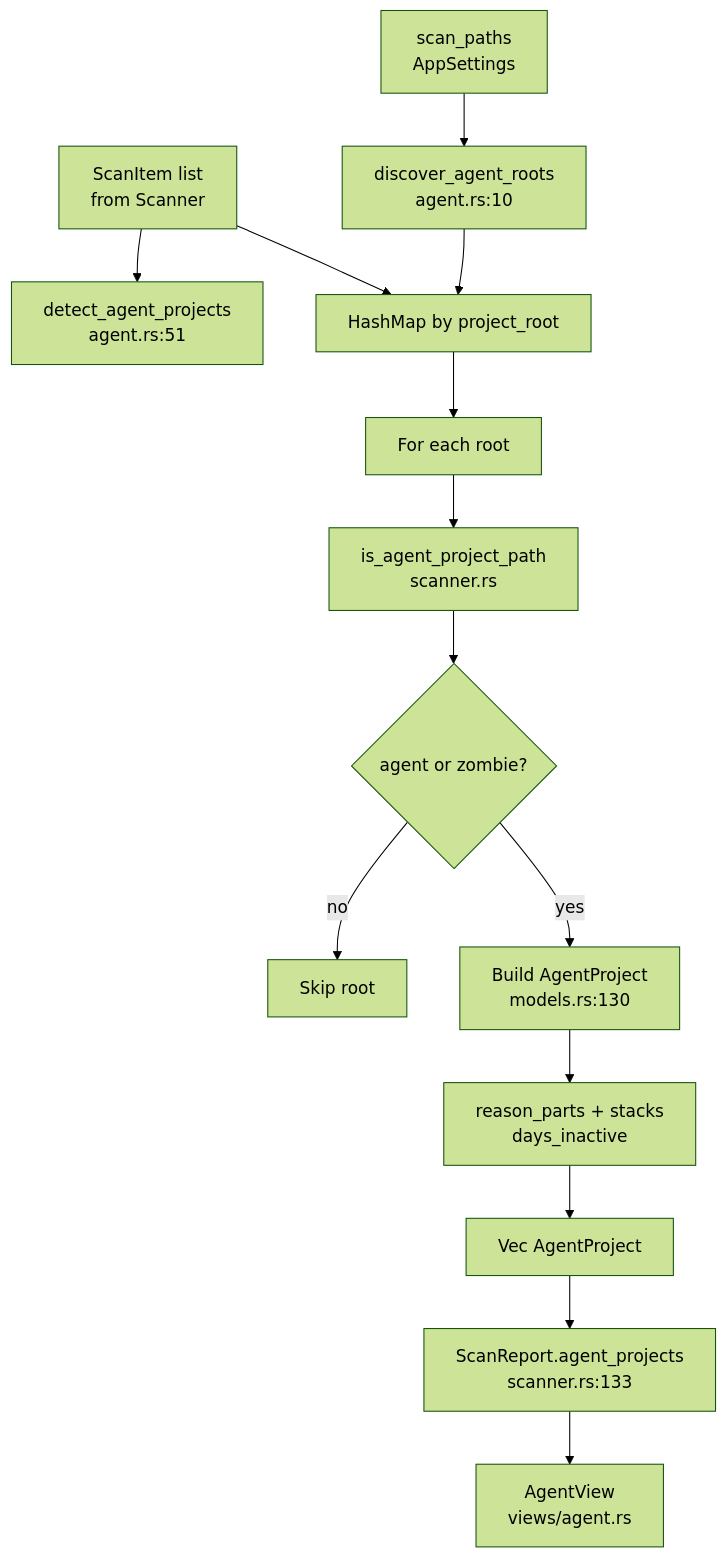
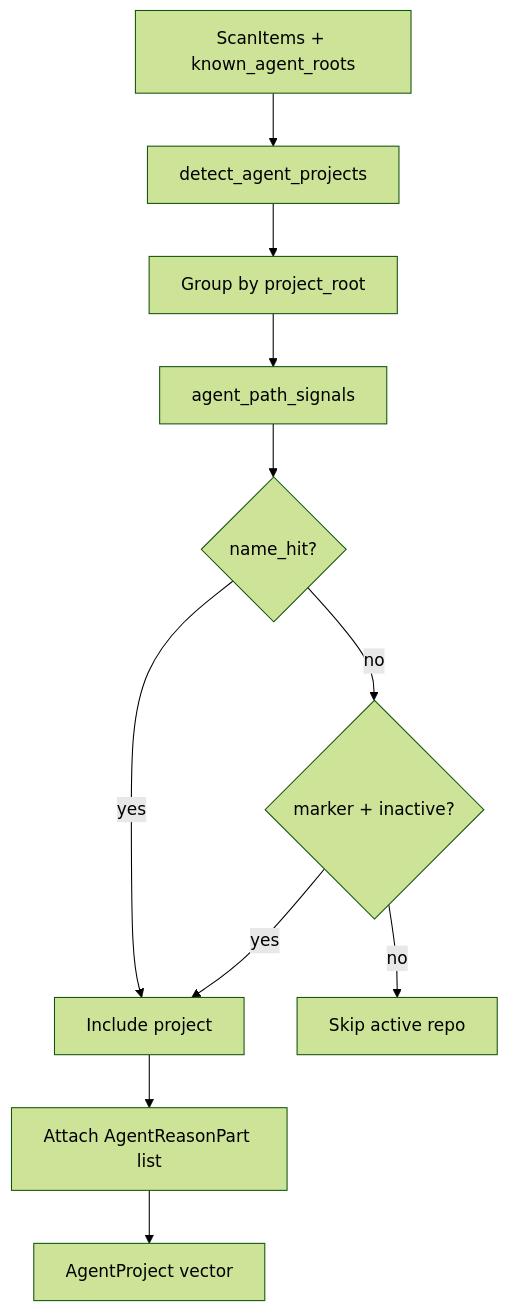
The diagram in .terrain/human/4.Deep-Exploration/agent.md (sopaco/CLV3000-Plus), drawn with Mermaid (forest theme) before and after one commit. The commit also changed other lines of this file and 55 other files, not shown here.

````diff
--- a/.terrain/human/4.Deep-Exploration/agent.md
+++ b/.terrain/human/4.Deep-Exploration/agent.md
@@ -49,16 +47,13 @@
 ```mermaid
 flowchart TD
-    A["ScanItem list<br/>from Scanner"] --> B["detect_agent_projects<br/>agent.rs:51"]
-    C["scan_paths<br/>AppSettings"] --> D["discover_agent_roots<br/>agent.rs:10"]
-    D --> E["HashMap by project_root"]
-    A --> E
-    E --> F["For each root"]
-    F --> G["is_agent_project_path<br/>scanner.rs"]
-    G --> H{"agent or zombie?"}
-    H -->|no| I["Skip root"]
-    H -->|yes| J["Build AgentProject<br/>models.rs:130"]
-    J --> K["reason_parts + stacks<br/>days_inactive"]
-    K --> L["Vec AgentProject"]
-    L --> M["ScanReport.agent_projects<br/>scanner.rs:133"]
-    M --> N["AgentView<br/>views/agent.rs"]
+    A["ScanItems + known_agent_roots"] --> B["detect_agent_projects"]
+    B --> C["Group by project_root"]
+    C --> D["agent_path_signals"]
+    D --> E{"name_hit?"}
+    E -->|yes| F["Include project"]
+    E -->|no| G{"marker + inactive?"}
+    G -->|yes| F
+    G -->|no| H["Skip active repo"]
+    F --> I["Attach AgentReasonPart list"]
+    I --> J["AgentProject vector"]
 ```
````
